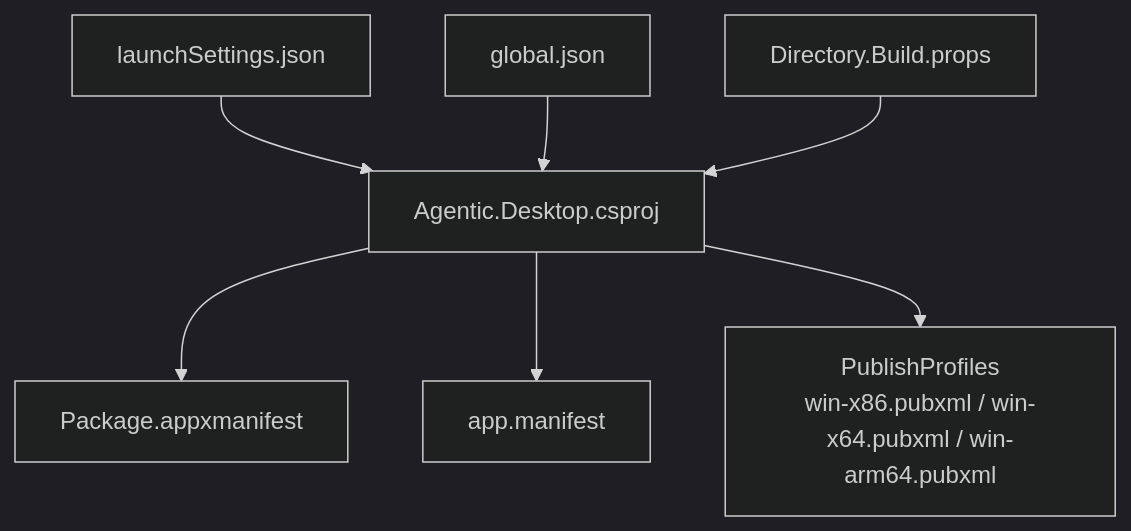
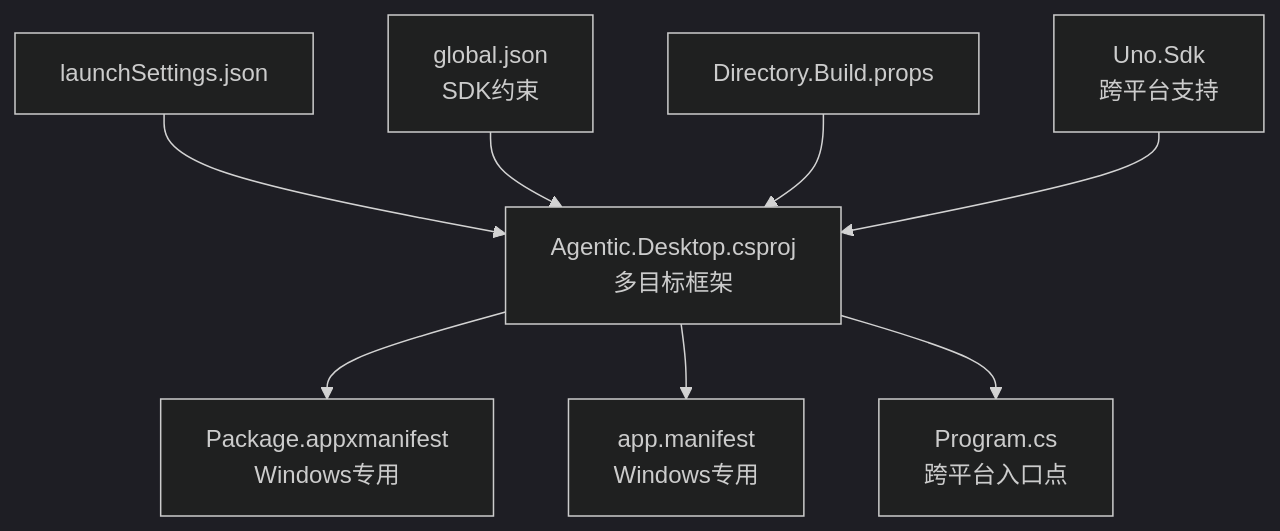
The first of 7 diagrams in .qoder/repowiki/zh/content/开发指南/部署发布.md (AgenticDesktop/App), drawn with Mermaid (dark theme) before and after one commit. The commit also changed other lines of this file and 108 other files, not shown here.

First line of the commit message:
Add support for Uno Desktop and WinUI 3 build scripts

````diff
--- a/.qoder/repowiki/zh/content/开发指南/部署发布.md
+++ b/.qoder/repowiki/zh/content/开发指南/部署发布.md
@@ -40,9 +48,10 @@
 ```mermaid
 graph TB
-A["Agentic.Desktop.csproj"] --> B["Package.appxmanifest"]
-A --> C["app.manifest"]
-A --> D["PublishProfiles<br/>win-x86.pubxml / win-x64.pubxml / win-arm64.pubxml"]
+A["Agentic.Desktop.csproj<br/>多目标框架"] --> B["Package.appxmanifest<br/>Windows专用"]
+A --> C["app.manifest<br/>Windows专用"]
+A --> D["Program.cs<br/>跨平台入口点"]
 E["launchSettings.json"] --> A
-F["global.json"] --> A
+F["global.json<br/>SDK约束"] --> A
 G["Directory.Build.props"] --> A
+H["Uno.Sdk<br/>跨平台支持"] --> A
 ```
````
